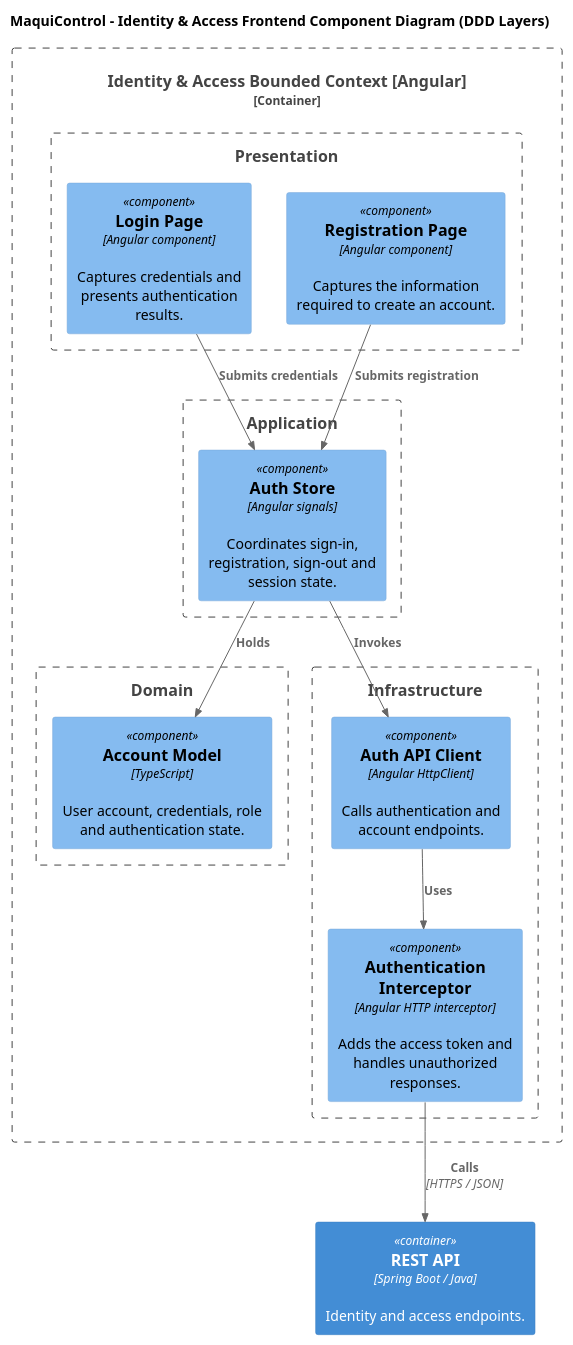
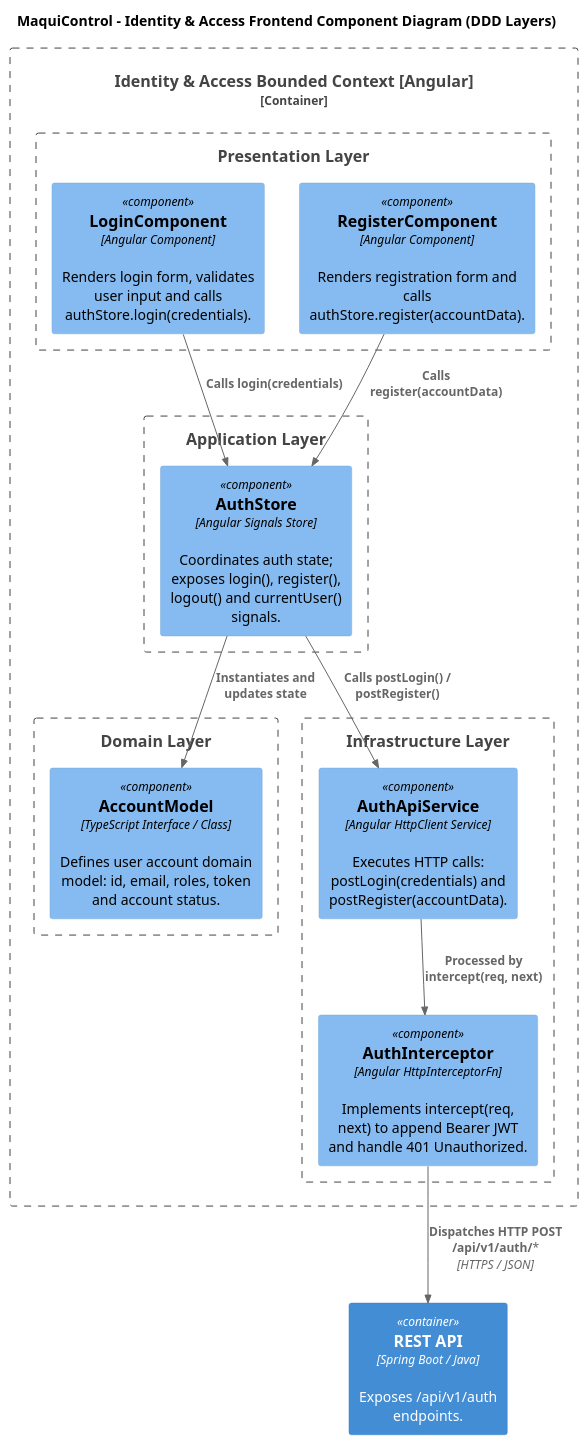
Before and after one commit to AndesHeavyTech/MaquiControl: the diagram in docs/architecture/components/identity-access-frontend-components.puml, drawn with PlantUML. The commit also changed 31 other files, not shown here.

Commit message:
docs(diagrams): update component descriptions and API endpoint details across multiple diagrams

```diff
--- a/docs/architecture/components/identity-access-frontend-components.puml
+++ b/docs/architecture/components/identity-access-frontend-components.puml
@@ -1,32 +1,32 @@
 @startuml
 !include <C4/C4_Component>
 
 title MaquiControl - Identity & Access Frontend Component Diagram (DDD Layers)
 
 Container_Boundary(iam, "Identity & Access Bounded Context [Angular]") {
-    Boundary(presentation, "Presentation") {
-        Component(loginPage, "Login Page", "Angular component", "Captures credentials and presents authentication results.")
-        Component(registerPage, "Registration Page", "Angular component", "Captures the information required to create an account.")
+    Boundary(presentation, "Presentation Layer") {
+        Component(loginComponent, "LoginComponent", "Angular Component", "Renders login form, validates user input and calls authStore.login(credentials).")
+        Component(registerComponent, "RegisterComponent", "Angular Component", "Renders registration form and calls authStore.register(accountData).")
     }
-    Boundary(application, "Application") {
-        Component(authStore, "Auth Store", "Angular signals", "Coordinates sign-in, registration, sign-out and session state.")
+    Boundary(application, "Application Layer") {
+        Component(authStore, "AuthStore", "Angular Signals Store", "Coordinates auth state; exposes login(), register(), logout() and currentUser() signals.")
     }
-    Boundary(domain, "Domain") {
-        Component(accountModel, "Account Model", "TypeScript", "User account, credentials, role and authentication state.")
+    Boundary(domain, "Domain Layer") {
+        Component(accountModel, "AccountModel", "TypeScript Interface / Class", "Defines user account domain model: id, email, roles, token and account status.")
     }
-    Boundary(infrastructure, "Infrastructure") {
-        Component(authApi, "Auth API Client", "Angular HttpClient", "Calls authentication and account endpoints.")
-        Component(authInterceptor, "Authentication Interceptor", "Angular HTTP interceptor", "Adds the access token and handles unauthorized responses.")
+    Boundary(infrastructure, "Infrastructure Layer") {
+        Component(authApiService, "AuthApiService", "Angular HttpClient Service", "Executes HTTP calls: postLogin(credentials) and postRegister(accountData).")
+        Component(authInterceptor, "AuthInterceptor", "Angular HttpInterceptorFn", "Implements intercept(req, next) to append Bearer JWT and handle 401 Unauthorized.")
     }
 }
 
-Container(api, "REST API", "Spring Boot / Java", "Identity and access endpoints.")
+Container(api, "REST API", "Spring Boot / Java", "Exposes /api/v1/auth endpoints.")
 
-Rel(loginPage, authStore, "Submits credentials")
-Rel(registerPage, authStore, "Submits registration")
-Rel(authStore, accountModel, "Holds")
-Rel(authStore, authApi, "Invokes")
-Rel(authApi, authInterceptor, "Uses")
-Rel(authInterceptor, api, "Calls", "HTTPS / JSON")
+Rel(loginComponent, authStore, "Calls login(credentials)")
+Rel(registerComponent, authStore, "Calls register(accountData)")
+Rel(authStore, accountModel, "Instantiates and updates state")
+Rel(authStore, authApiService, "Calls postLogin() / postRegister()")
+Rel(authApiService, authInterceptor, "Processed by intercept(req, next)")
+Rel(authInterceptor, api, "Dispatches HTTP POST /api/v1/auth/*", "HTTPS / JSON")
 
 @enduml
```
